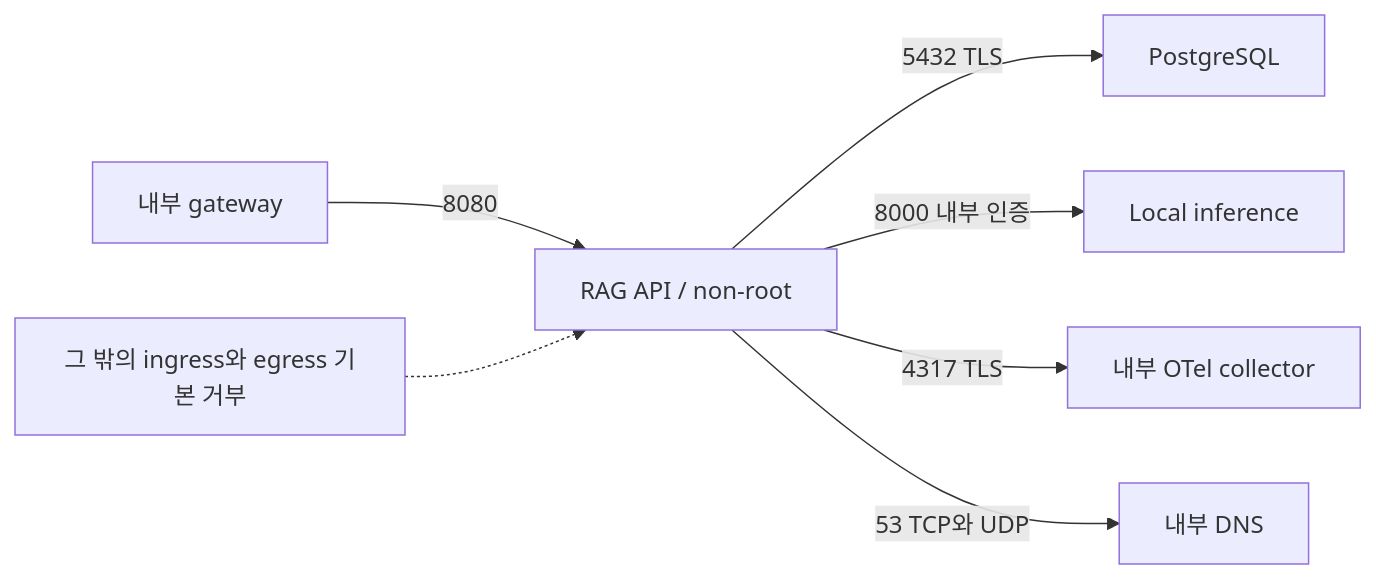
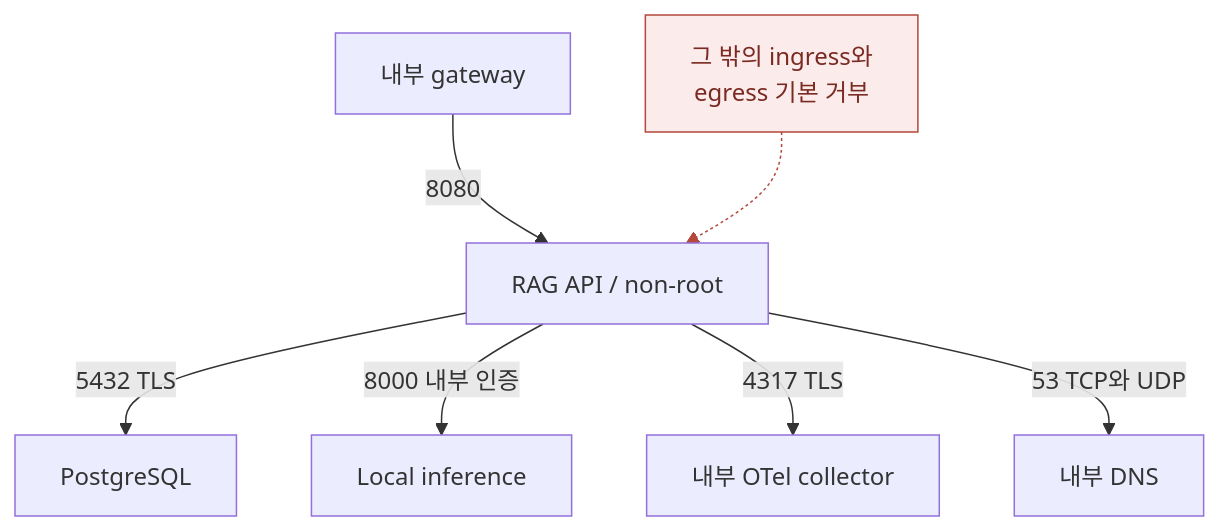
Before and after one commit to jay-jang/preparing-fde: the ninth of 17 diagrams in docs/fde-prezi-ko.md, drawn with Mermaid. The commit also changed other lines of this file and 75 other files, not shown here.

````diff
--- a/docs/fde-prezi-ko.md
+++ b/docs/fde-prezi-ko.md
@@ -480,9 +628,12 @@
 ```mermaid
-flowchart LR
+flowchart TB
   GW["내부 gateway"] -->|8080| API["RAG API / non-root"]
   API -->|5432 TLS| DB["PostgreSQL"]
   API -->|8000 내부 인증| LLM["Local inference"]
   API -->|4317 TLS| OT["내부 OTel collector"]
   API -->|53 TCP와 UDP| DNS["내부 DNS"]
-  DENY["그 밖의 ingress와 egress 기본 거부"] -.-> API
+  DENY["그 밖의 ingress와<br/>egress 기본 거부"] -.-> API
+  classDef fail fill:#fbeceb,stroke:#b4483c,color:#7a2a22
+  class DENY fail
+  linkStyle 5 stroke:#b4483c
 ```
````
